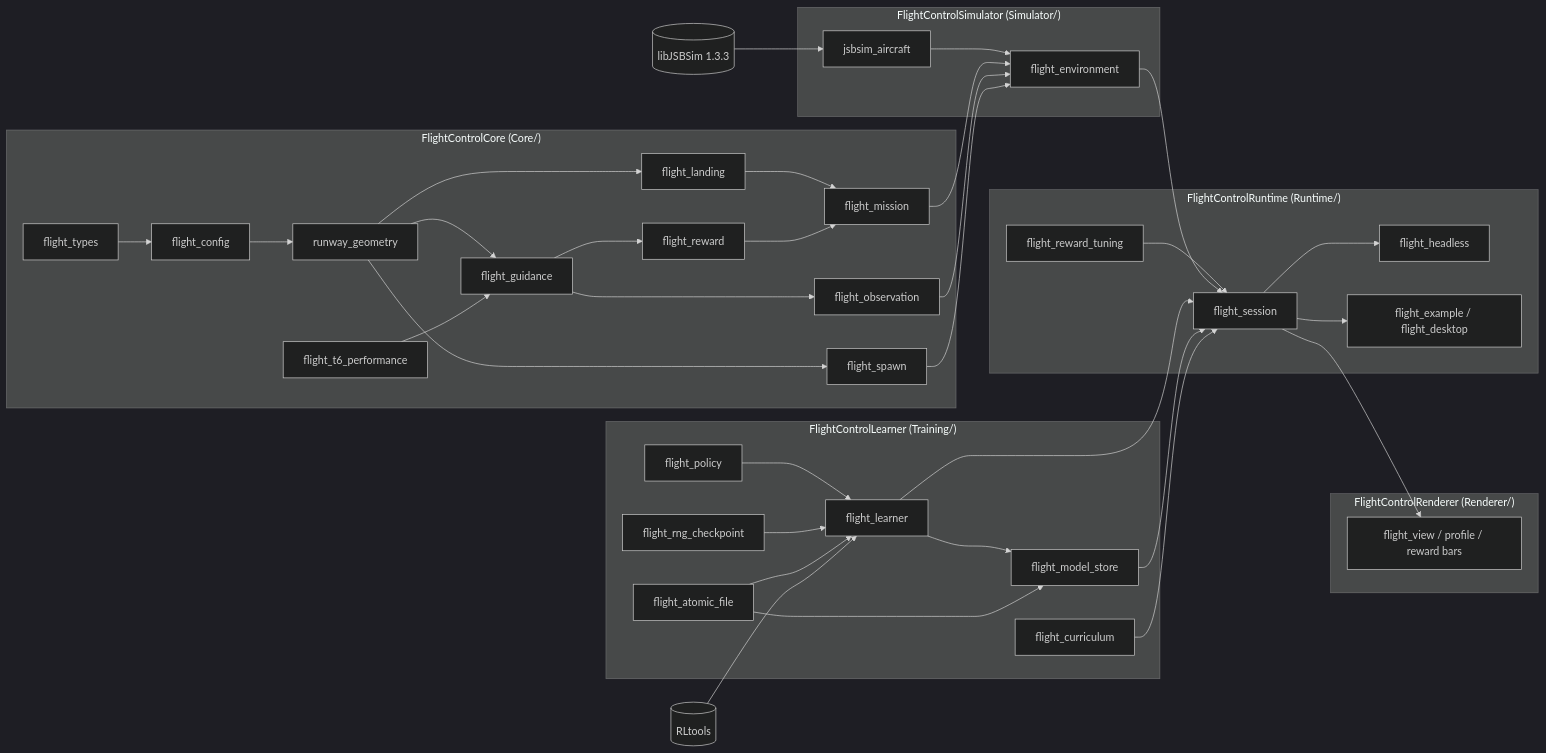
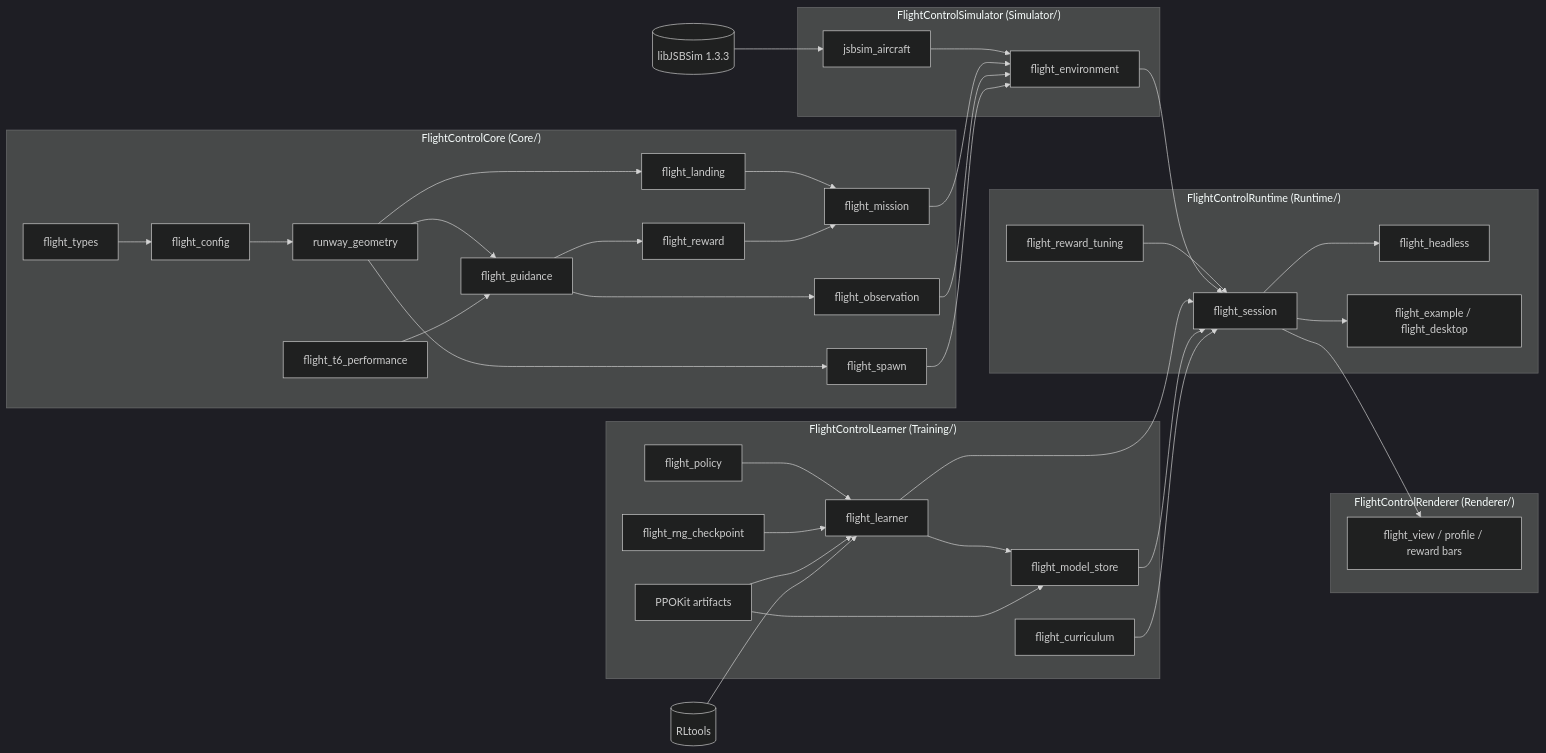
Before and after one commit to benoitfragit/PPOTrial: the first of 4 diagrams in docs/FlightControl3D_Architecture.md, drawn with Mermaid (dark theme). The commit also changed 8 other files, not shown here.

First line of the commit message:
feat(ppokit): redo the FlightControl3D integration on master #87

````diff
--- a/docs/FlightControl3D_Architecture.md
+++ b/docs/FlightControl3D_Architecture.md
@@ -17,44 +17,44 @@
 ```mermaid
 flowchart LR
     subgraph Core["FlightControlCore (Core/)"]
         types[flight_types] --> config[flight_config]
         config --> geometry[runway_geometry]
         geometry --> guidance[flight_guidance]
         perf[flight_t6_performance] --> guidance
         geometry --> landing[flight_landing]
         guidance --> reward[flight_reward]
         guidance --> observation[flight_observation]
         geometry --> spawn[flight_spawn]
         landing --> mission[flight_mission]
         reward --> mission
     end
     subgraph Simulator["FlightControlSimulator (Simulator/)"]
         jsbsim[jsbsim_aircraft] --> environment[flight_environment]
     end
     subgraph Training["FlightControlLearner (Training/)"]
         policy[flight_policy] --> learner[flight_learner]
         rng[flight_rng_checkpoint] --> learner
-        atomic[flight_atomic_file] --> learner
+        atomic[PPOKit artifacts] --> learner
         learner --> store[flight_model_store]
         atomic --> store
         curriculum[flight_curriculum]
     end
     subgraph Runtime["FlightControlRuntime (Runtime/)"]
         tuning[flight_reward_tuning] --> session[flight_session]
         session --> headless[flight_headless]
         session --> example[flight_example / flight_desktop]
     end
     subgraph Renderer["FlightControlRenderer (Renderer/)"]
         view[flight_view / profile / reward bars]
     end
     JSBSimLib[(libJSBSim 1.3.3)] --> jsbsim
     RLtools[(RLtools)] --> learner
     mission --> environment
     observation --> environment
     spawn --> environment
     environment --> session
     learner --> session
     store --> session
     curriculum --> session
     session --> view
 ```
````
